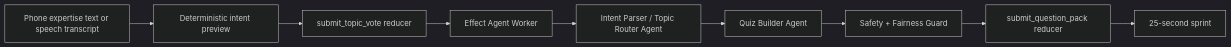
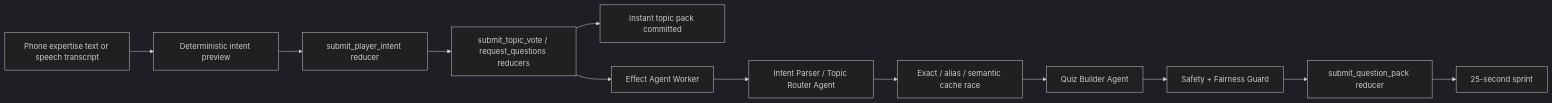
One commit to roshaninfordham/quizel changed the diagram in docs/agent-pipeline.md. Above: the diagram before and after it, drawn with Mermaid (dark theme). The commit also changed other lines of this file and 20 other files, not shown here.

Commit message:
Add instant intent quiz engine

````diff
--- a/docs/agent-pipeline.md
+++ b/docs/agent-pipeline.md
@@ -7,11 +7,14 @@
 ```mermaid
 flowchart LR
     Phone[Phone expertise text or speech transcript] --> Intent[Deterministic intent preview]
-    Intent --> Reducer[submit_topic_vote reducer]
-    Reducer --> Worker[Effect Agent Worker]
+    Intent --> IntentReducer[submit_player_intent reducer]
+    IntentReducer --> VoteReducer[submit_topic_vote / request_questions reducers]
+    VoteReducer --> Instant[Instant topic pack committed]
+    VoteReducer --> Worker[Effect Agent Worker]
     Worker --> Router[Intent Parser / Topic Router Agent]
-    Router --> Builder[Quiz Builder Agent]
+    Router --> Cache[Exact / alias / semantic cache race]
+    Cache --> Builder[Quiz Builder Agent]
     Builder --> Guard[Safety + Fairness Guard]
     Guard --> Pack[submit_question_pack reducer]
     Pack --> Arena[25-second sprint]
 ```
````
